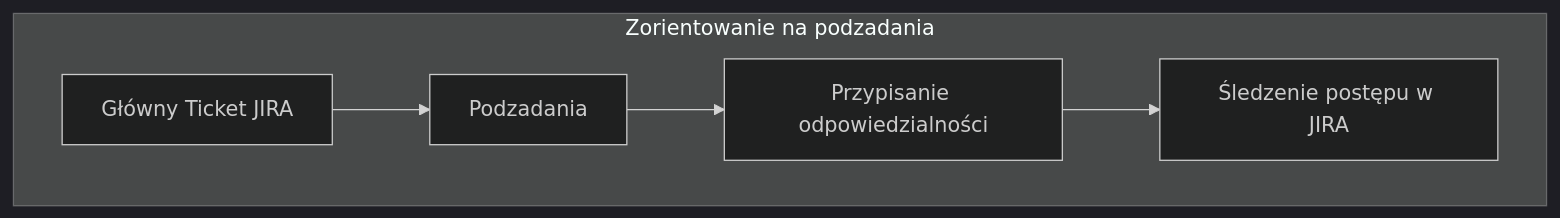
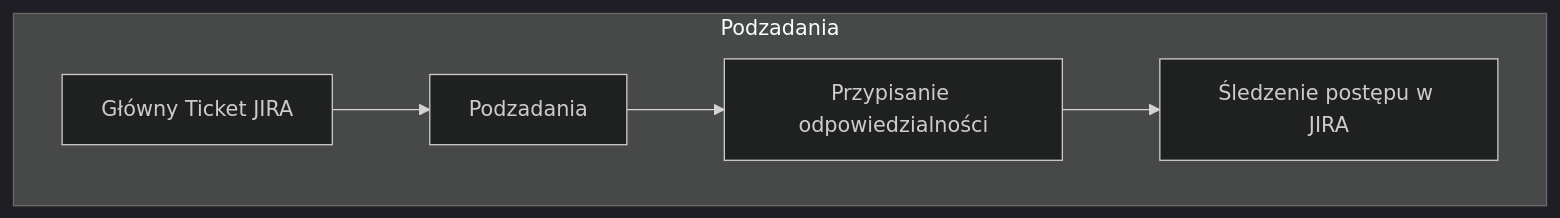
The second of 3 diagrams in README.md (tom-sapletta-com/komunikacja), drawn with Mermaid (dark theme) before and after one commit. The commit also changed other lines of this file, not shown here.

````diff
--- a/README.md
+++ b/README.md
@@ -23,9 +23,9 @@
 ```mermaid
 graph TB
-    subgraph Zorientowanie na podzadania
+    subgraph Podzadania
         H[Główny Ticket JIRA] --> I[Podzadania]
         I --> J[Przypisanie odpowiedzialności]
         J --> K[Śledzenie postępu w JIRA]        
     end
 
 ```
````
